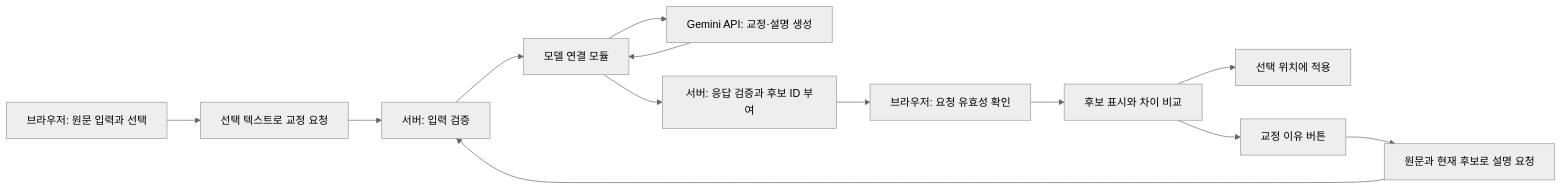
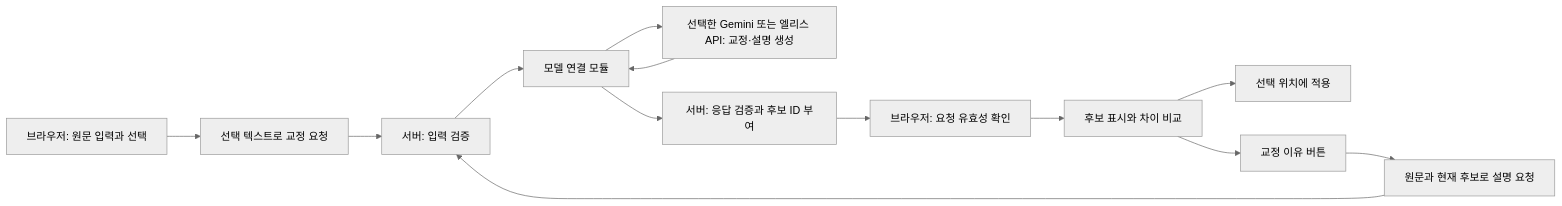
The diagram in docs/ARCHITECTURE.md (dhwjdgh1122/writing-demo), drawn with Mermaid (neutral theme) before and after one commit. The commit also changed other lines of this file and 12 other files, not shown here.

````diff
--- a/docs/ARCHITECTURE.md
+++ b/docs/ARCHITECTURE.md
@@ -27,15 +27,15 @@
 ```mermaid
 flowchart LR
     A[브라우저: 원문 입력과 선택] --> B[선택 텍스트로 교정 요청]
     B --> C[서버: 입력 검증]
     C --> D[모델 연결 모듈]
-    D --> E[Gemini API: 교정·설명 생성]
+    D --> E[선택한 Gemini 또는 엘리스 API: 교정·설명 생성]
     E --> D
     D --> F[서버: 응답 검증과 후보 ID 부여]
     F --> G[브라우저: 요청 유효성 확인]
     G --> H[후보 표시와 차이 비교]
     H --> I[선택 위치에 적용]
     H --> J[교정 이유 버튼]
     J --> K[원문과 현재 후보로 설명 요청]
     K --> C
 ```
````
